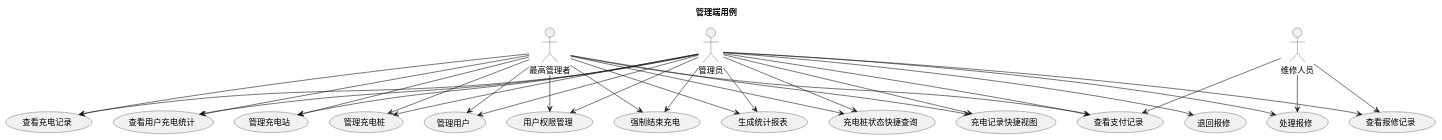
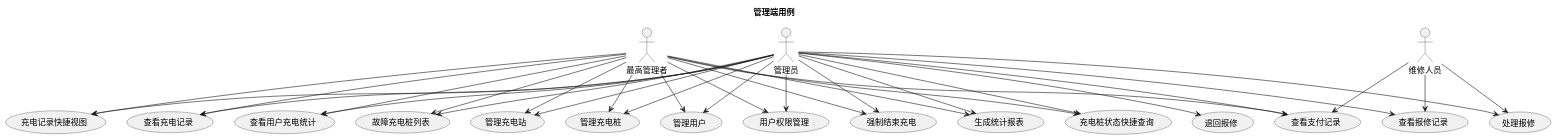
One commit to greenhandzdl/charging-station-doc changed the diagram in usecase/docs/overview/src/admin_usecases.puml. Above: the diagram before and after it, drawn with PlantUML. The commit also changed 17 other files, not shown here.

First line of the commit message:
fix: 第6轮评估修复 — 跨图一致性全面补全（4 CRITICAL + 4 MAJOR + MINOR）

```diff
--- a/usecase/docs/overview/src/admin_usecases.puml
+++ b/usecase/docs/overview/src/admin_usecases.puml
@@ -1,54 +1,57 @@
 @startuml
 skinparam defaultFontName "Noto Sans CJK SC"
 skinparam defaultFontSize 14
 title 管理端用例
 skinparam useCaseShape rectangle
 
 actor "管理员" as A
 actor "最高管理者" as SA
 actor "维修人员" as M
 
 usecase "管理充电站" as MS
 usecase "管理充电桩" as MC
 usecase "管理用户" as MU
 usecase "用户权限管理" as PM
 usecase "处理报修" as HR
 usecase "查看报修记录" as VR
 usecase "强制结束充电" as FSC
 usecase "生成统计报表" as GS
 usecase "充电桩状态快捷查询" as QC
 usecase "充电记录快捷视图" as QV
 usecase "查看支付记录" as VPR
 usecase "查看充电记录" as VCR
 usecase "查看用户充电统计" as UCS
+usecase "故障充电桩列表" as FCL
 usecase "退回报修" as RR
 
 A --> MS
 A --> MC
 A --> MU
 A --> PM
 A --> HR
 A --> VR
 A --> FSC
 A --> VPR
 A --> GS
 A --> QC
 A --> QV
 A --> VCR
 A --> UCS
 A --> RR
+A --> FCL
+SA --> FCL
 SA --> MS
 SA --> MC
 SA --> PM
 SA --> MU
 SA --> VPR
 SA --> GS
 SA --> FSC
 SA --> QC
 SA --> QV
 SA --> VCR
 SA --> UCS
 M --> HR
 M --> VR
 M --> VPR
 @enduml
```
